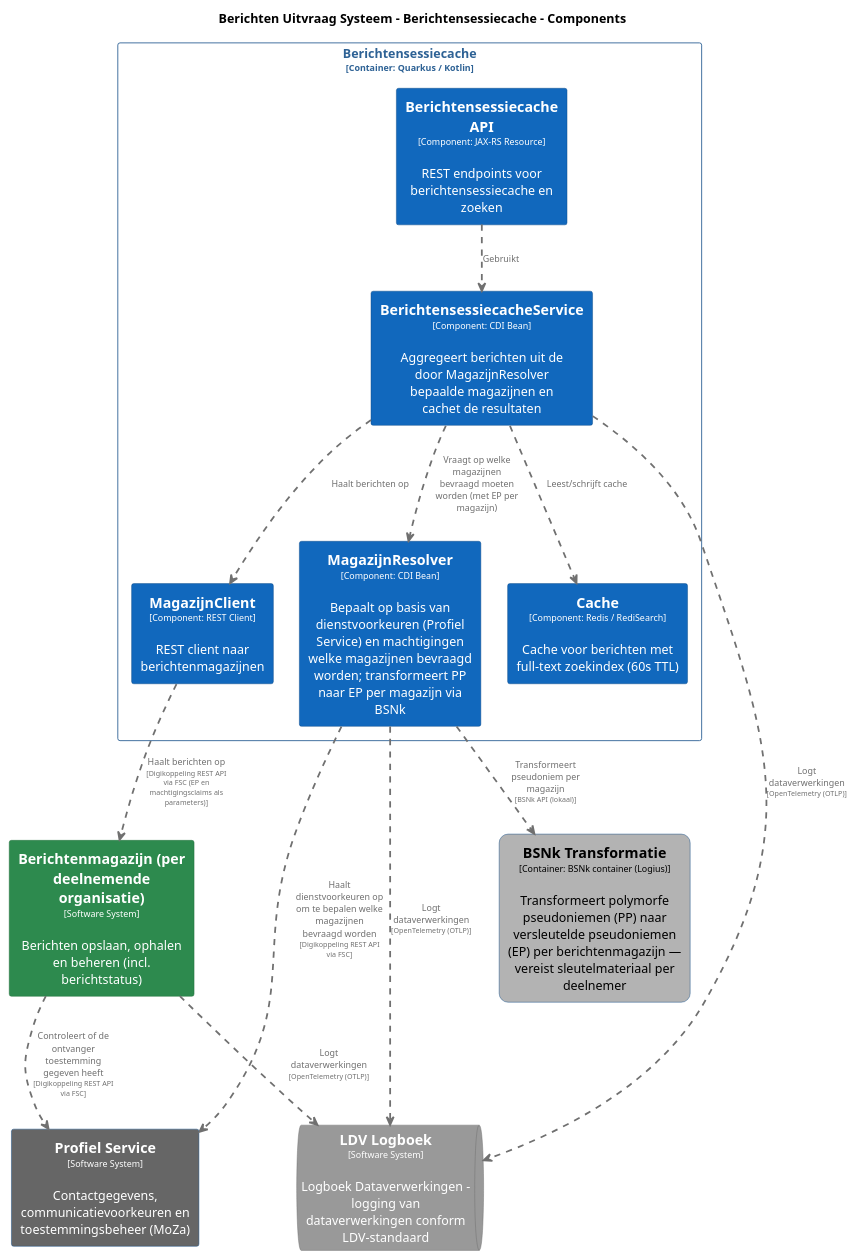
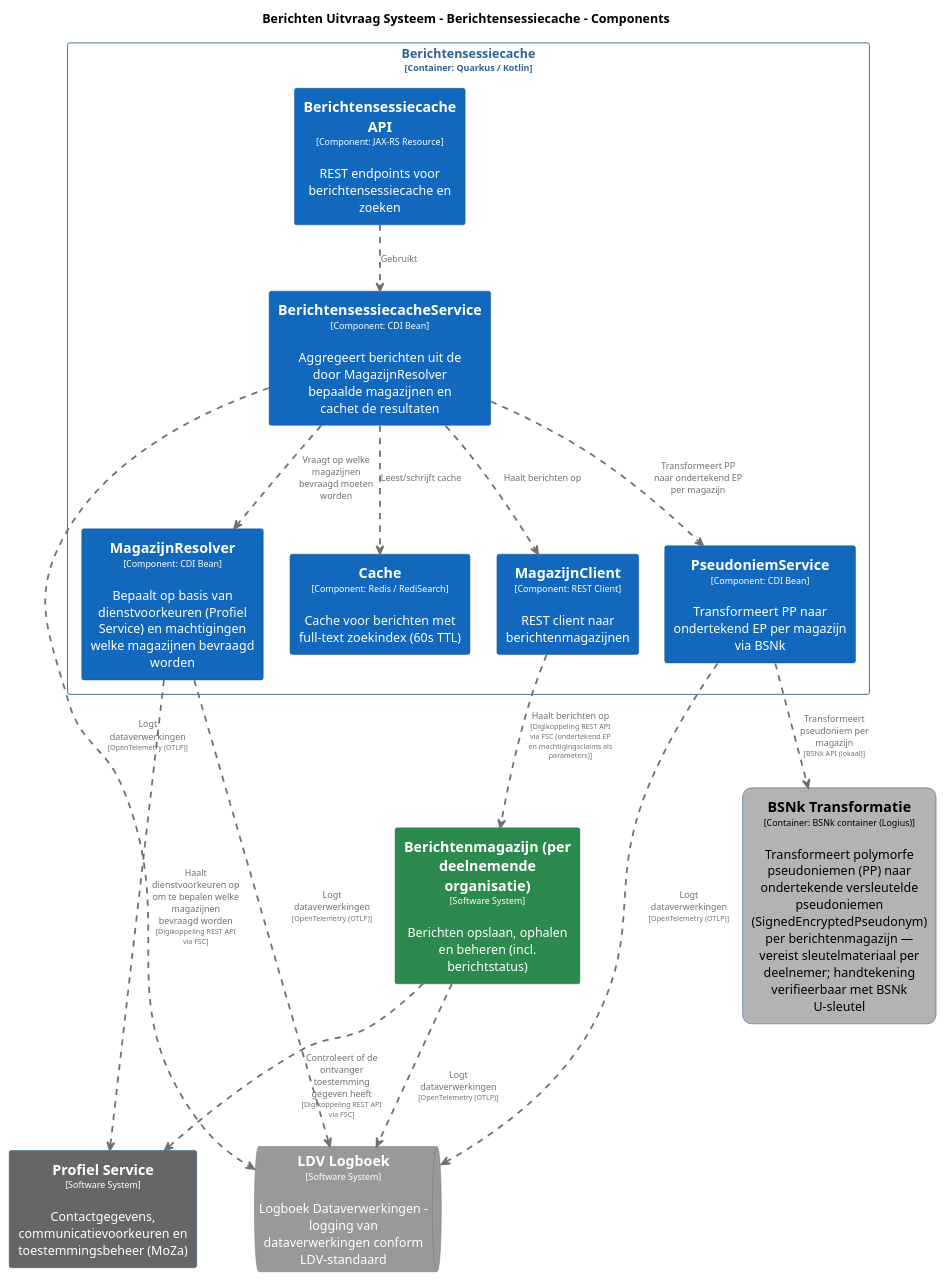
The diagram in pr-preview/pr-22/master/puml/BerichtensessiecacheComponenten.puml (MinBZK/moza-poc-fbs-berichtenbox), drawn with PlantUML before and after one commit. The commit also changed 37 other files, not shown here.

```diff
--- a/pr-preview/pr-22/master/puml/BerichtensessiecacheComponenten.puml
+++ b/pr-preview/pr-22/master/puml/BerichtensessiecacheComponenten.puml
@@ -1,103 +1,112 @@
 @startuml
 set separator none
 title Berichten Uitvraag Systeem - Berichtensessiecache - Components
 
 top to bottom direction
 skinparam ranksep 60
 skinparam nodesep 30
 
 skinparam {
   arrowFontSize 10
   defaultTextAlignment center
   wrapWidth 200
   maxMessageSize 100
 }
 
 hide stereotype
 
 skinparam rectangle<<BerichtenUitvraagSysteem.BSNkTransformatie>> {
   BackgroundColor #b3b3b3
   FontColor #000000
   BorderColor #0b4884
   roundCorner 20
   shadowing false
 }
 skinparam rectangle<<Berichtenmagazijnperdeelnemendeorganisatie>> {
   BackgroundColor #2d8a4e
   FontColor #ffffff
   BorderColor #1e6b38
   shadowing false
 }
 skinparam rectangle<<BerichtenUitvraagSysteem.Berichtensessiecache.BerichtensessiecacheAPI>> {
   BackgroundColor #1168bd
   FontColor #ffffff
   BorderColor #0b4884
   shadowing false
 }
 skinparam rectangle<<BerichtenUitvraagSysteem.Berichtensessiecache.BerichtensessiecacheService>> {
   BackgroundColor #1168bd
   FontColor #ffffff
   BorderColor #0b4884
   shadowing false
 }
 skinparam rectangle<<BerichtenUitvraagSysteem.Berichtensessiecache.Cache>> {
   BackgroundColor #1168bd
   FontColor #ffffff
   BorderColor #0b4884
   shadowing false
 }
 skinparam queue<<LDVLogboek>> {
   BackgroundColor #999999
   FontColor #ffffff
   BorderColor #6b6b6b
   shadowing false
 }
 skinparam rectangle<<BerichtenUitvraagSysteem.Berichtensessiecache.MagazijnClient>> {
   BackgroundColor #1168bd
   FontColor #ffffff
   BorderColor #0b4884
   shadowing false
 }
 skinparam rectangle<<BerichtenUitvraagSysteem.Berichtensessiecache.MagazijnResolver>> {
   BackgroundColor #1168bd
   FontColor #ffffff
   BorderColor #0b4884
   shadowing false
 }
 skinparam rectangle<<ProfielService>> {
   BackgroundColor #666666
   FontColor #ffffff
   BorderColor #0b4884
   shadowing false
 }
+skinparam rectangle<<BerichtenUitvraagSysteem.Berichtensessiecache.PseudoniemService>> {
+  BackgroundColor #1168bd
+  FontColor #ffffff
+  BorderColor #0b4884
+  shadowing false
+}
 skinparam rectangle<<BerichtenUitvraagSysteem.Berichtensessiecache>> {
   BorderColor #2e6295
   FontColor #2e6295
   shadowing false
 }
 
 rectangle "==Profiel Service\n<size:10>[Software System]</size>\n\nContactgegevens, communicatievoorkeuren en toestemmingsbeheer (MoZa)" <<ProfielService>> as ProfielService
 rectangle "==Berichtenmagazijn (per deelnemende organisatie)\n<size:10>[Software System]</size>\n\nBerichten opslaan, ophalen en beheren (incl. berichtstatus)" <<Berichtenmagazijnperdeelnemendeorganisatie>> as Berichtenmagazijnperdeelnemendeorganisatie
-rectangle "==BSNk Transformatie\n<size:10>[Container: BSNk container (Logius)]</size>\n\nTransformeert polymorfe pseudoniemen (PP) naar versleutelde pseudoniemen (EP) per berichtenmagazijn — vereist sleutelmateriaal per deelnemer" <<BerichtenUitvraagSysteem.BSNkTransformatie>> as BerichtenUitvraagSysteem.BSNkTransformatie
+rectangle "==BSNk Transformatie\n<size:10>[Container: BSNk container (Logius)]</size>\n\nTransformeert polymorfe pseudoniemen (PP) naar ondertekende versleutelde pseudoniemen (SignedEncryptedPseudonym) per berichtenmagazijn — vereist sleutelmateriaal per deelnemer; handtekening verifieerbaar met BSNk U-sleutel" <<BerichtenUitvraagSysteem.BSNkTransformatie>> as BerichtenUitvraagSysteem.BSNkTransformatie
 queue "==LDV Logboek\n<size:10>[Software System]</size>\n\nLogboek Dataverwerkingen - logging van dataverwerkingen conform LDV-standaard" <<LDVLogboek>> as LDVLogboek
 
 rectangle "Berichtensessiecache\n<size:10>[Container: Quarkus / Kotlin]</size>" <<BerichtenUitvraagSysteem.Berichtensessiecache>> {
   rectangle "==Berichtensessiecache API\n<size:10>[Component: JAX-RS Resource]</size>\n\nREST endpoints voor berichtensessiecache en zoeken" <<BerichtenUitvraagSysteem.Berichtensessiecache.BerichtensessiecacheAPI>> as BerichtenUitvraagSysteem.Berichtensessiecache.BerichtensessiecacheAPI
-  rectangle "==MagazijnResolver\n<size:10>[Component: CDI Bean]</size>\n\nBepaalt op basis van dienstvoorkeuren (Profiel Service) en machtigingen welke magazijnen bevraagd worden; transformeert PP naar EP per magazijn via BSNk" <<BerichtenUitvraagSysteem.Berichtensessiecache.MagazijnResolver>> as BerichtenUitvraagSysteem.Berichtensessiecache.MagazijnResolver
+  rectangle "==MagazijnResolver\n<size:10>[Component: CDI Bean]</size>\n\nBepaalt op basis van dienstvoorkeuren (Profiel Service) en machtigingen welke magazijnen bevraagd worden" <<BerichtenUitvraagSysteem.Berichtensessiecache.MagazijnResolver>> as BerichtenUitvraagSysteem.Berichtensessiecache.MagazijnResolver
+  rectangle "==PseudoniemService\n<size:10>[Component: CDI Bean]</size>\n\nTransformeert PP naar ondertekend EP per magazijn via BSNk" <<BerichtenUitvraagSysteem.Berichtensessiecache.PseudoniemService>> as BerichtenUitvraagSysteem.Berichtensessiecache.PseudoniemService
   rectangle "==BerichtensessiecacheService\n<size:10>[Component: CDI Bean]</size>\n\nAggregeert berichten uit de door MagazijnResolver bepaalde magazijnen en cachet de resultaten" <<BerichtenUitvraagSysteem.Berichtensessiecache.BerichtensessiecacheService>> as BerichtenUitvraagSysteem.Berichtensessiecache.BerichtensessiecacheService
   rectangle "==Cache\n<size:10>[Component: Redis / RediSearch]</size>\n\nCache voor berichten met full-text zoekindex (60s TTL)" <<BerichtenUitvraagSysteem.Berichtensessiecache.Cache>> as BerichtenUitvraagSysteem.Berichtensessiecache.Cache
   rectangle "==MagazijnClient\n<size:10>[Component: REST Client]</size>\n\nREST client naar berichtenmagazijnen" <<BerichtenUitvraagSysteem.Berichtensessiecache.MagazijnClient>> as BerichtenUitvraagSysteem.Berichtensessiecache.MagazijnClient
 }
 
 Berichtenmagazijnperdeelnemendeorganisatie .[#707070,thickness=2].> ProfielService : "<color:#707070>Controleert of de ontvanger toestemming gegeven heeft\n<color:#707070><size:8>[Digikoppeling REST API via FSC]</size>"
 BerichtenUitvraagSysteem.Berichtensessiecache.MagazijnResolver .[#707070,thickness=2].> ProfielService : "<color:#707070>Haalt dienstvoorkeuren op om te bepalen welke magazijnen bevraagd worden\n<color:#707070><size:8>[Digikoppeling REST API via FSC]</size>"
-BerichtenUitvraagSysteem.Berichtensessiecache.MagazijnClient .[#707070,thickness=2].> Berichtenmagazijnperdeelnemendeorganisatie : "<color:#707070>Haalt berichten op\n<color:#707070><size:8>[Digikoppeling REST API via FSC (EP en machtigingsclaims als parameters)]</size>"
+BerichtenUitvraagSysteem.Berichtensessiecache.MagazijnClient .[#707070,thickness=2].> Berichtenmagazijnperdeelnemendeorganisatie : "<color:#707070>Haalt berichten op\n<color:#707070><size:8>[Digikoppeling REST API via FSC (ondertekend EP en machtigingsclaims als parameters)]</size>"
 Berichtenmagazijnperdeelnemendeorganisatie .[#707070,thickness=2].> LDVLogboek : "<color:#707070>Logt dataverwerkingen\n<color:#707070><size:8>[OpenTelemetry (OTLP)]</size>"
 BerichtenUitvraagSysteem.Berichtensessiecache.BerichtensessiecacheService .[#707070,thickness=2].> LDVLogboek : "<color:#707070>Logt dataverwerkingen\n<color:#707070><size:8>[OpenTelemetry (OTLP)]</size>"
 BerichtenUitvraagSysteem.Berichtensessiecache.MagazijnResolver .[#707070,thickness=2].> LDVLogboek : "<color:#707070>Logt dataverwerkingen\n<color:#707070><size:8>[OpenTelemetry (OTLP)]</size>"
+BerichtenUitvraagSysteem.Berichtensessiecache.PseudoniemService .[#707070,thickness=2].> LDVLogboek : "<color:#707070>Logt dataverwerkingen\n<color:#707070><size:8>[OpenTelemetry (OTLP)]</size>"
 BerichtenUitvraagSysteem.Berichtensessiecache.BerichtensessiecacheAPI .[#707070,thickness=2].> BerichtenUitvraagSysteem.Berichtensessiecache.BerichtensessiecacheService : "<color:#707070>Gebruikt"
-BerichtenUitvraagSysteem.Berichtensessiecache.BerichtensessiecacheService .[#707070,thickness=2].> BerichtenUitvraagSysteem.Berichtensessiecache.MagazijnResolver : "<color:#707070>Vraagt op welke magazijnen bevraagd moeten worden (met EP per magazijn)"
+BerichtenUitvraagSysteem.Berichtensessiecache.BerichtensessiecacheService .[#707070,thickness=2].> BerichtenUitvraagSysteem.Berichtensessiecache.MagazijnResolver : "<color:#707070>Vraagt op welke magazijnen bevraagd moeten worden"
+BerichtenUitvraagSysteem.Berichtensessiecache.BerichtensessiecacheService .[#707070,thickness=2].> BerichtenUitvraagSysteem.Berichtensessiecache.PseudoniemService : "<color:#707070>Transformeert PP naar ondertekend EP per magazijn"
 BerichtenUitvraagSysteem.Berichtensessiecache.BerichtensessiecacheService .[#707070,thickness=2].> BerichtenUitvraagSysteem.Berichtensessiecache.Cache : "<color:#707070>Leest/schrijft cache"
 BerichtenUitvraagSysteem.Berichtensessiecache.BerichtensessiecacheService .[#707070,thickness=2].> BerichtenUitvraagSysteem.Berichtensessiecache.MagazijnClient : "<color:#707070>Haalt berichten op"
-BerichtenUitvraagSysteem.Berichtensessiecache.MagazijnResolver .[#707070,thickness=2].> BerichtenUitvraagSysteem.BSNkTransformatie : "<color:#707070>Transformeert pseudoniem per magazijn\n<color:#707070><size:8>[BSNk API (lokaal)]</size>"
+BerichtenUitvraagSysteem.Berichtensessiecache.PseudoniemService .[#707070,thickness=2].> BerichtenUitvraagSysteem.BSNkTransformatie : "<color:#707070>Transformeert pseudoniem per magazijn\n<color:#707070><size:8>[BSNk API (lokaal)]</size>"
 @enduml
```
